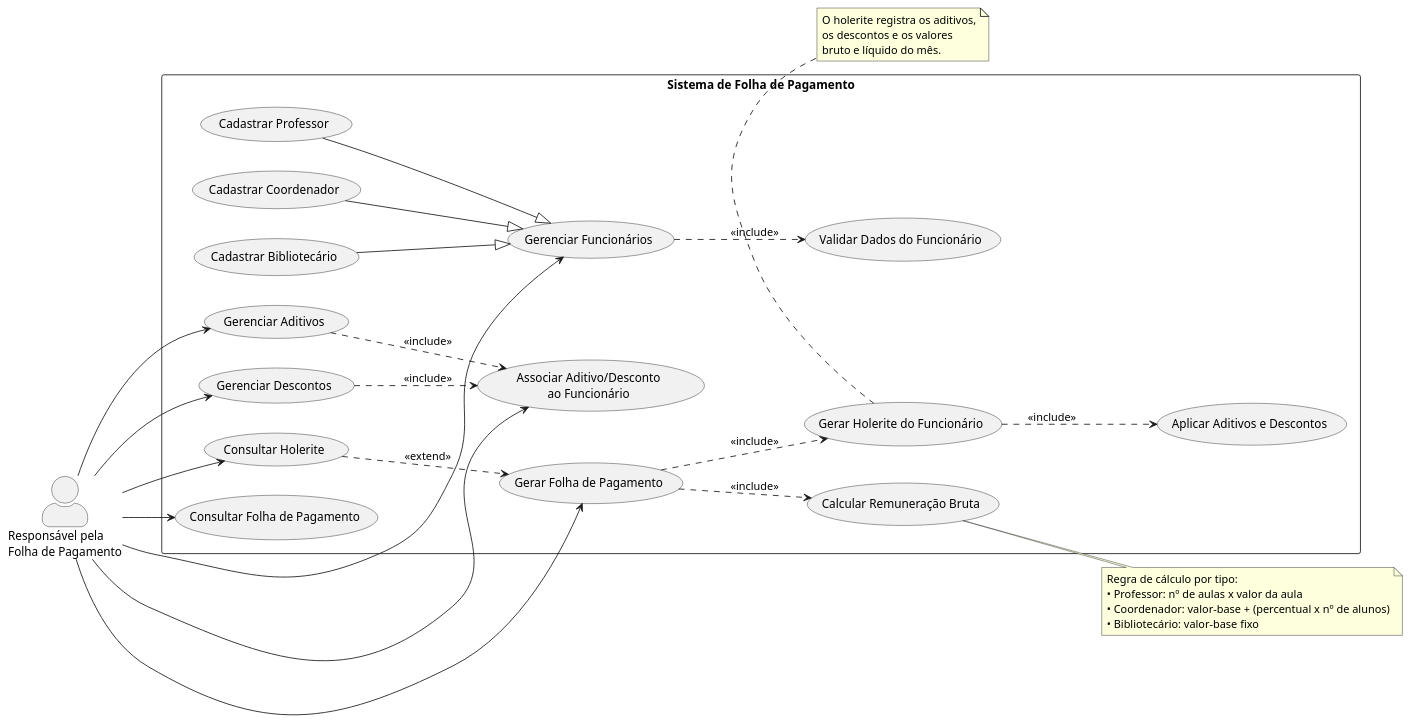
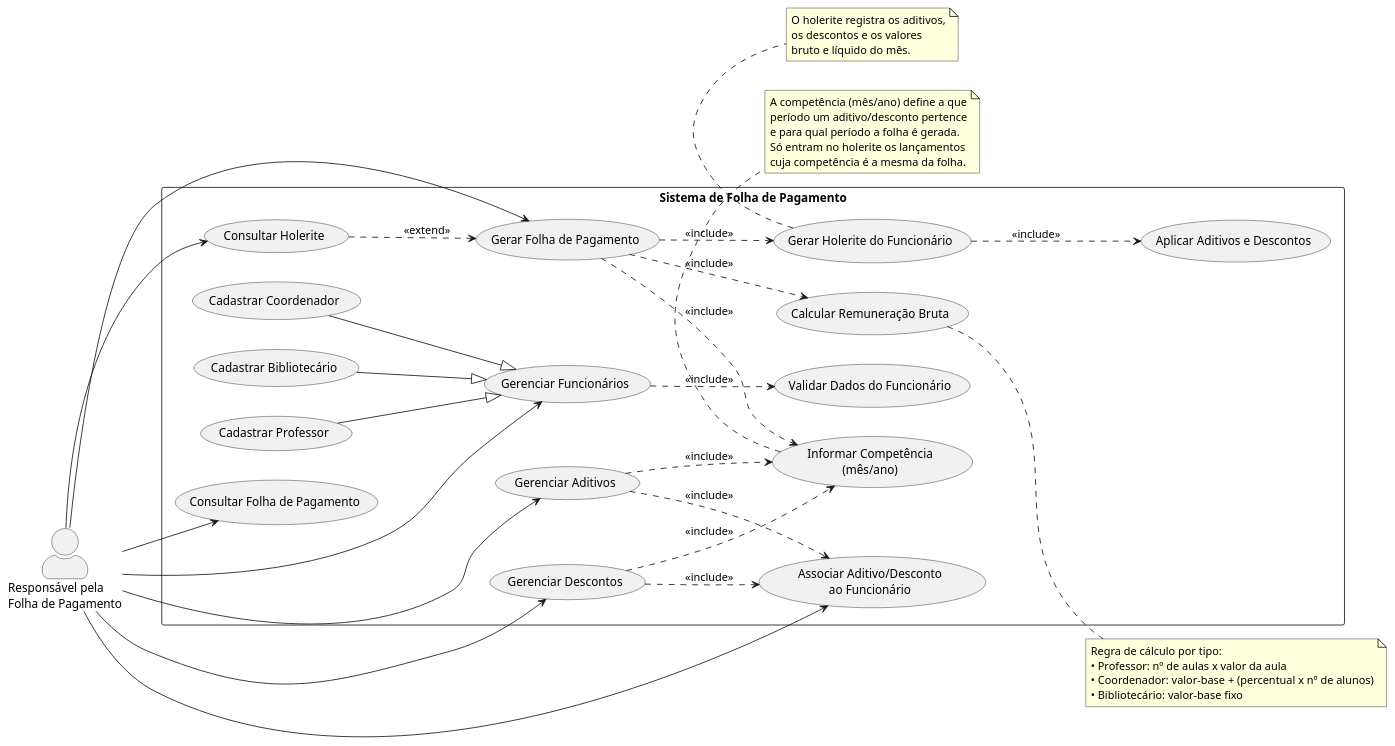
One commit to imepac-aulas/poo-folhaPagamento-2026-02 changed the diagram in docs/diagrama-caso-de-uso.puml. Above: the diagram before and after it, drawn with PlantUML. The commit also changed 3 other files, not shown here.

First line of the commit message:
Atualiza diagrama de caso de uso com a Competência

```diff
--- a/docs/diagrama-caso-de-uso.puml
+++ b/docs/diagrama-caso-de-uso.puml
@@ -1,75 +1,87 @@
 @startuml diagrama-caso-de-uso
 ' Sistema de Folha de Pagamento - IMEPAC
 ' Diagrama de Casos de Uso (UML)
 
 left to right direction
 skinparam packageStyle rectangle
 skinparam shadowing false
 skinparam actorStyle awesome
 
 actor "Responsável pela\nFolha de Pagamento" as Operador
 
 rectangle "Sistema de Folha de Pagamento" {
 
   ' ---------- Cadastro de profissionais ----------
   usecase "Gerenciar Funcionários" as UC1
   usecase "Cadastrar Professor" as UC1A
   usecase "Cadastrar Coordenador" as UC1B
   usecase "Cadastrar Bibliotecário" as UC1C
   usecase "Validar Dados do Funcionário" as UC1V
 
   ' ---------- Aditivos e descontos ----------
   usecase "Gerenciar Aditivos" as UC2
   usecase "Gerenciar Descontos" as UC3
   usecase "Associar Aditivo/Desconto\nao Funcionário" as UC4
+  usecase "Informar Competência\n(mês/ano)" as UC11
 
   ' ---------- Folha de pagamento ----------
   usecase "Gerar Folha de Pagamento" as UC5
   usecase "Calcular Remuneração Bruta" as UC6
   usecase "Aplicar Aditivos e Descontos" as UC7
   usecase "Gerar Holerite do Funcionário" as UC8
 
   ' ---------- Consultas ----------
   usecase "Consultar Holerite" as UC9
   usecase "Consultar Folha de Pagamento" as UC10
 }
 
 ' ---------- Associações do ator ----------
 Operador --> UC1
 Operador --> UC2
 Operador --> UC3
 Operador --> UC4
 Operador --> UC5
 Operador --> UC9
 Operador --> UC10
 
 ' ---------- Generalizações (tipos de profissional) ----------
 UC1A --|> UC1
 UC1B --|> UC1
 UC1C --|> UC1
 
 ' ---------- Relações include / extend ----------
 UC1  ..> UC1V : <<include>>
 UC2  ..> UC4  : <<include>>
 UC3  ..> UC4  : <<include>>
+UC2  ..> UC11 : <<include>>
+UC3  ..> UC11 : <<include>>
 
 UC5  ..> UC6  : <<include>>
 UC5  ..> UC8  : <<include>>
 UC8  ..> UC7  : <<include>>
+UC5  ..> UC11 : <<include>>
 
 UC9  ..> UC5  : <<extend>>
 
 note right of UC6
   Regra de cálculo por tipo:
   • Professor: nº de aulas x valor da aula
   • Coordenador: valor-base + (percentual x nº de alunos)
   • Bibliotecário: valor-base fixo
 end note
 
 note bottom of UC8
   O holerite registra os aditivos,
   os descontos e os valores
   bruto e líquido do mês.
 end note
 
+note bottom of UC11
+  A competência (mês/ano) define a que
+  período um aditivo/desconto pertence
+  e para qual período a folha é gerada.
+  Só entram no holerite os lançamentos
+  cuja competência é a mesma da folha.
+end note
+
 @enduml
```
